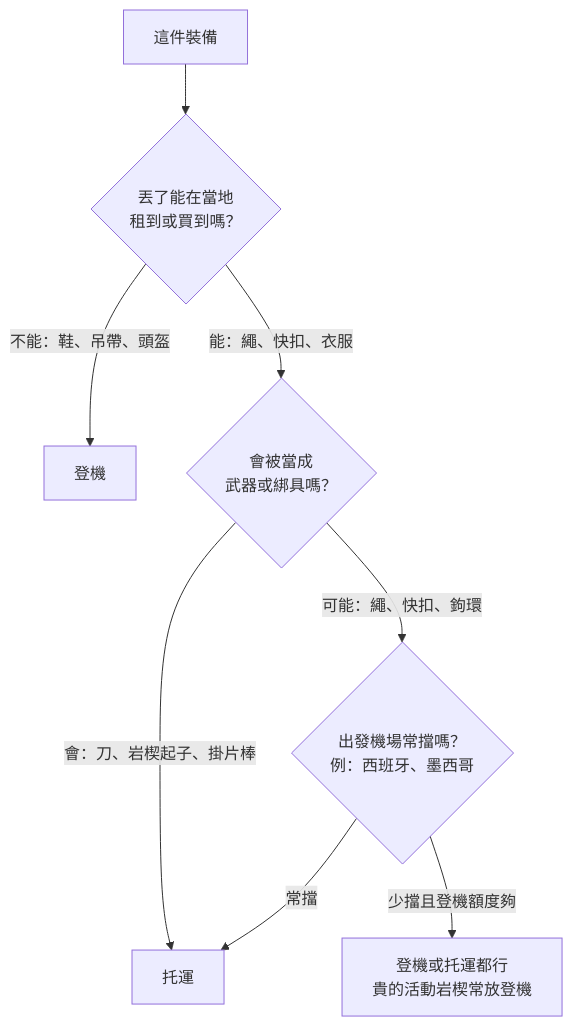
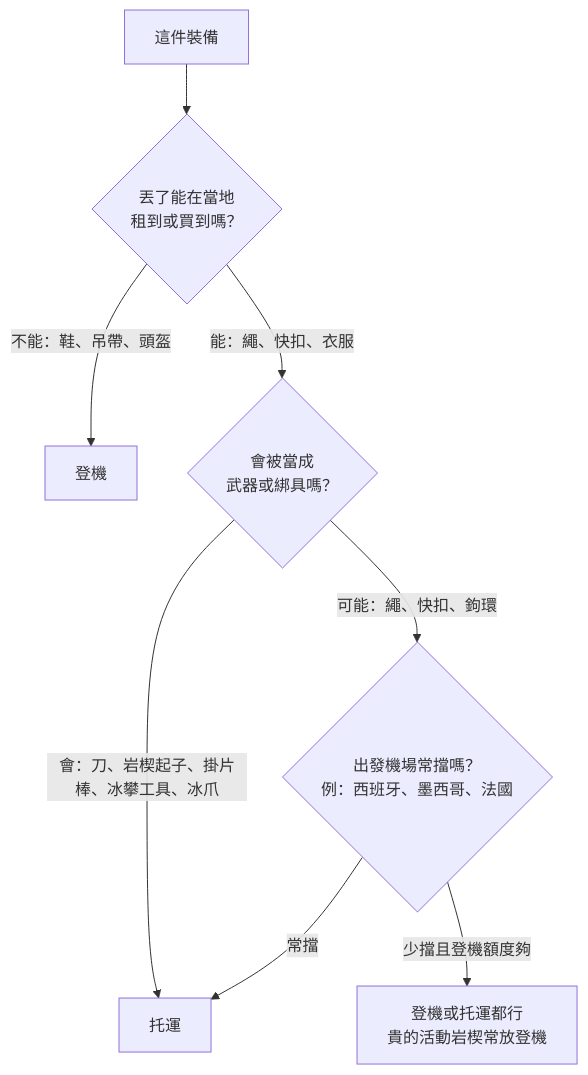
The diagram in src/content/posts/climbing/2026-10-19-climbing-travel-packing-examples.md (vincentxuu/quidproquo), drawn with Mermaid before and after one commit. The commit also changed other lines of this file and 9 other files, not shown here.

````diff
--- a/src/content/posts/climbing/2026-10-19-climbing-travel-packing-examples.md
+++ b/src/content/posts/climbing/2026-10-19-climbing-travel-packing-examples.md
@@ -203,10 +333,10 @@
 ```mermaid
 flowchart TB
   A["這件裝備"] --> B{"丟了能在當地<br/>租到或買到嗎？"}
   B -->|"不能：鞋、吊帶、頭盔"| C["登機"]
   B -->|"能：繩、快扣、衣服"| D{"會被當成<br/>武器或綁具嗎？"}
-  D -->|"會：刀、岩楔起子、掛片棒"| E["托運"]
-  D -->|"可能：繩、快扣、鉤環"| F{"出發機場常擋嗎？<br/>例：西班牙、墨西哥"}
+  D -->|"會：刀、岩楔起子、掛片棒、冰攀工具、冰爪"| E["托運"]
+  D -->|"可能：繩、快扣、鉤環"| F{"出發機場常擋嗎？<br/>例：西班牙、墨西哥、法國"}
   F -->|"常擋"| E
   F -->|"少擋且登機額度夠"| G["登機或托運都行<br/>貴的活動岩楔常放登機"]
 ```
````
